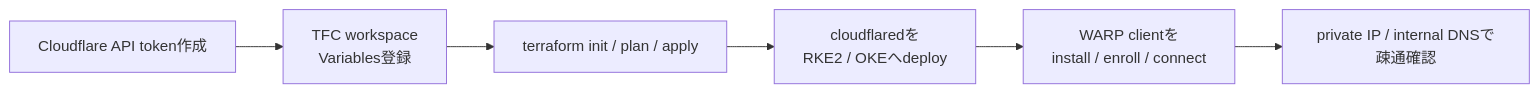
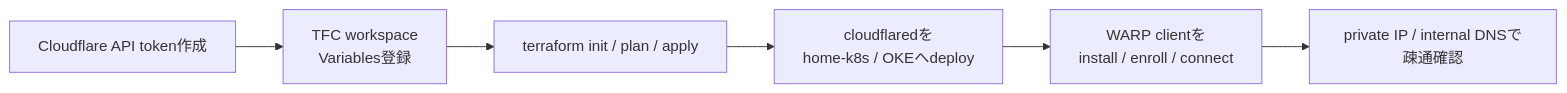
Before and after one commit to miutaku/my-infra: the diagram in terraform/cloudflare/README.md, drawn with Mermaid. The commit also changed other lines of this file and 33 other files, not shown here.

````diff
--- a/terraform/cloudflare/README.md
+++ b/terraform/cloudflare/README.md
@@ -126,11 +126,11 @@
 ```mermaid
 flowchart LR
   Token[Cloudflare API token作成]
   Vars[TFC workspace<br/>Variables登録]
   Terraform[terraform init / plan / apply]
-  Agent[cloudflaredを<br/>RKE2 / OKEへdeploy]
+  Agent[cloudflaredを<br/>home-k8s / OKEへdeploy]
   Client[WARP clientを<br/>install / enroll / connect]
   Test[private IP / internal DNSで疎通確認]
 
   Token --> Vars --> Terraform --> Agent --> Client --> Test
 ```
````
